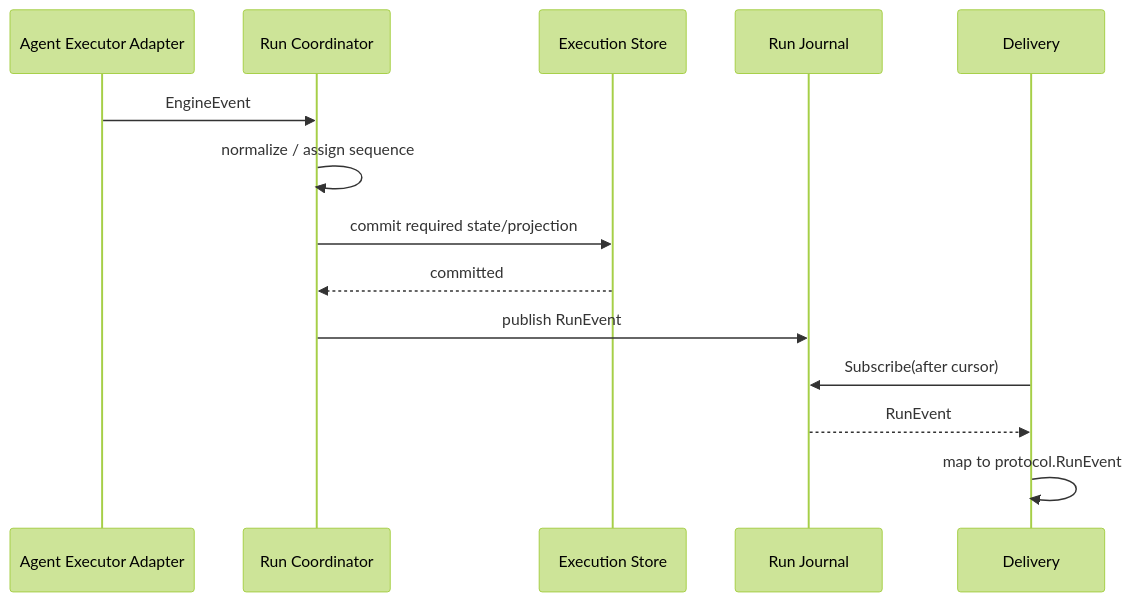
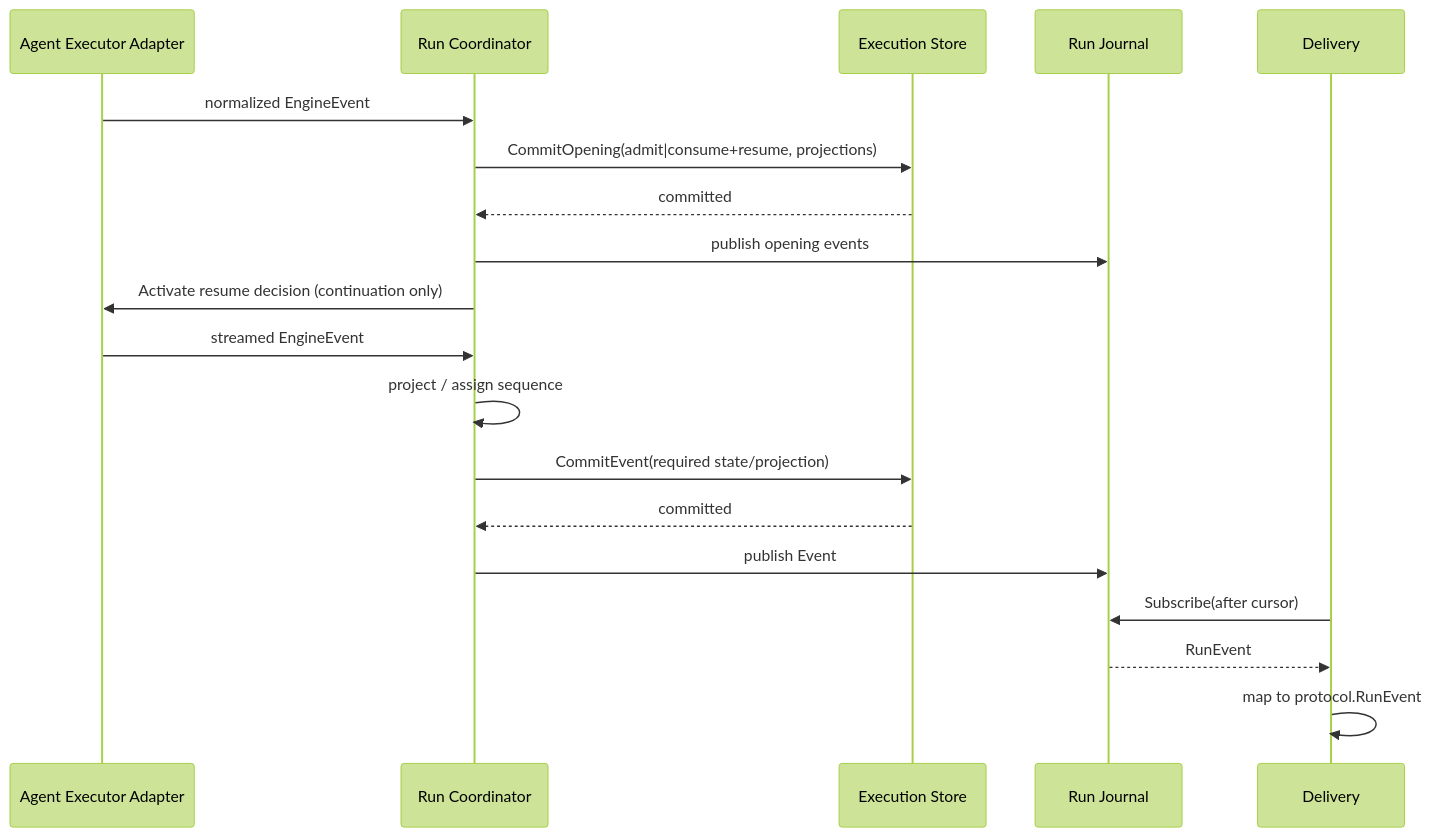
One commit to Tangerg/lynx changed the third of 3 diagrams in app/runtime/doc/EXECUTION_CENTERED_ARCHITECTURE.md. Above: the diagram before and after it, drawn with Mermaid (forest theme). The commit also changed other lines of this file and 50 other files, not shown here.

````diff
--- a/app/runtime/doc/EXECUTION_CENTERED_ARCHITECTURE.md
+++ b/app/runtime/doc/EXECUTION_CENTERED_ARCHITECTURE.md
@@ -524,17 +522,22 @@
 ```mermaid
 sequenceDiagram
     participant E as Agent Executor Adapter
     participant R as Run Coordinator
     participant S as Execution Store
     participant J as Run Journal
     participant D as Delivery
 
-    E->>R: EngineEvent
-    R->>R: normalize / assign sequence
-    R->>S: commit required state/projection
+    E->>R: normalized EngineEvent
+    R->>S: CommitOpening(admit|consume+resume, projections)
     S-->>R: committed
-    R->>J: publish RunEvent
+    R->>J: publish opening events
+    R->>E: Activate resume decision (continuation only)
+    E->>R: streamed EngineEvent
+    R->>R: project / assign sequence
+    R->>S: CommitEvent(required state/projection)
+    S-->>R: committed
+    R->>J: publish Event
     D->>J: Subscribe(after cursor)
     J-->>D: RunEvent
     D->>D: map to protocol.RunEvent
 ```
````
